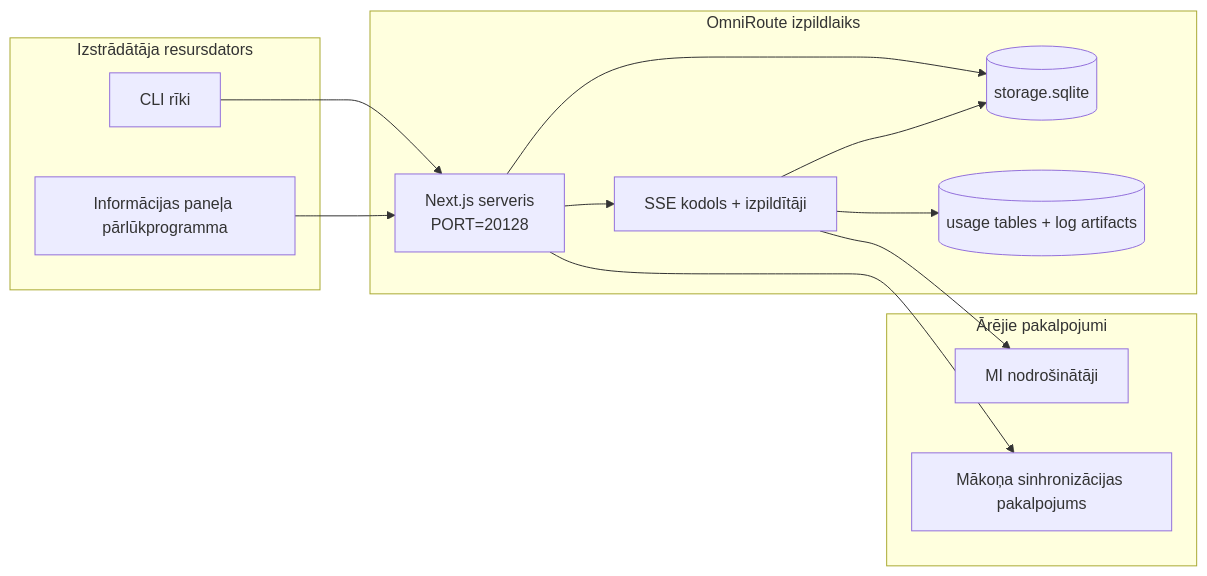
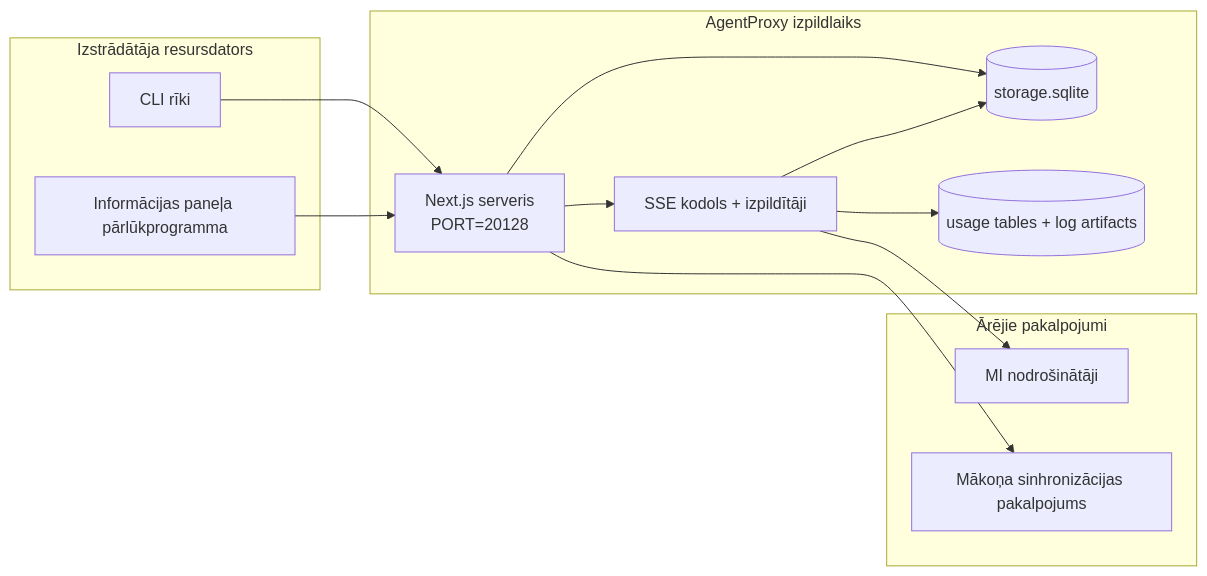
The seventh of 7 diagrams in docs/i18n/lv/docs/architecture/ARCHITECTURE.md (khanhkit/AgentProxy), drawn with Mermaid before and after one commit. The commit also changed other lines of this file and 6043 other files, not shown here.

Commit message:
wip(release): checkpoint AgentProxy identity cleanup

````diff
--- a/docs/i18n/lv/docs/architecture/ARCHITECTURE.md
+++ b/docs/i18n/lv/docs/architecture/ARCHITECTURE.md
@@ -816,28 +816,28 @@
 ```mermaid
 flowchart LR
     subgraph LocalHost[Izstrādātāja resursdators]
         CLI[CLI rīki]
         Browser[Informācijas paneļa pārlūkprogramma]
     end
 
-    subgraph ContainerOrProcess[OmniRoute izpildlaiks]
+    subgraph ContainerOrProcess[AgentProxy izpildlaiks]
         Next[Next.js serveris\nPORT=20128]
         Core[SSE kodols + izpildītāji]
         MainDB[(storage.sqlite)]
         UsageDB[(usage tables + log artifacts)]
     end
 
     subgraph External[Ārējie pakalpojumi]
         Providers[MI nodrošinātāji]
         SyncCloud[Mākoņa sinhronizācijas pakalpojums]
     end
 
     CLI --> Next
     Browser --> Next
     Next --> Core
     Next --> MainDB
     Core --> MainDB
     Core --> UsageDB
     Core --> Providers
     Next --> SyncCloud
 ```
````
